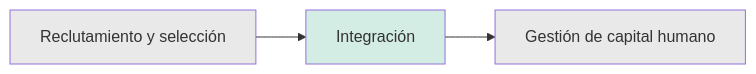
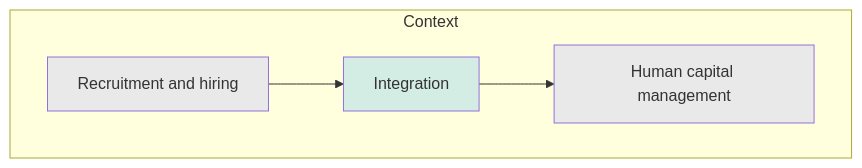
One commit to sami-reinoso/hiring-integration changed the first of 2 diagrams in docs/README.md. Above: the diagram before and after it, drawn with Mermaid. The commit also changed other lines of this file, not shown here.

````diff
--- a/docs/README.md
+++ b/docs/README.md
@@ -7,7 +7,9 @@
 ```mermaid
-graph LR
+graph
+subgraph Context
     classDef existingSystem fill:#e9e9e9
     classDef system fill:#d3ede4
-    A[Reclutamiento y selección]:::existingSystem --> B[Integración]:::system
-    B-->C[Gestión de capital humano]:::existingSystem
+    A[Recruitment and hiring]:::existingSystem --> B[Integration]:::system
+    B-->C[Human capital management]:::existingSystem
+end
 ```
````
